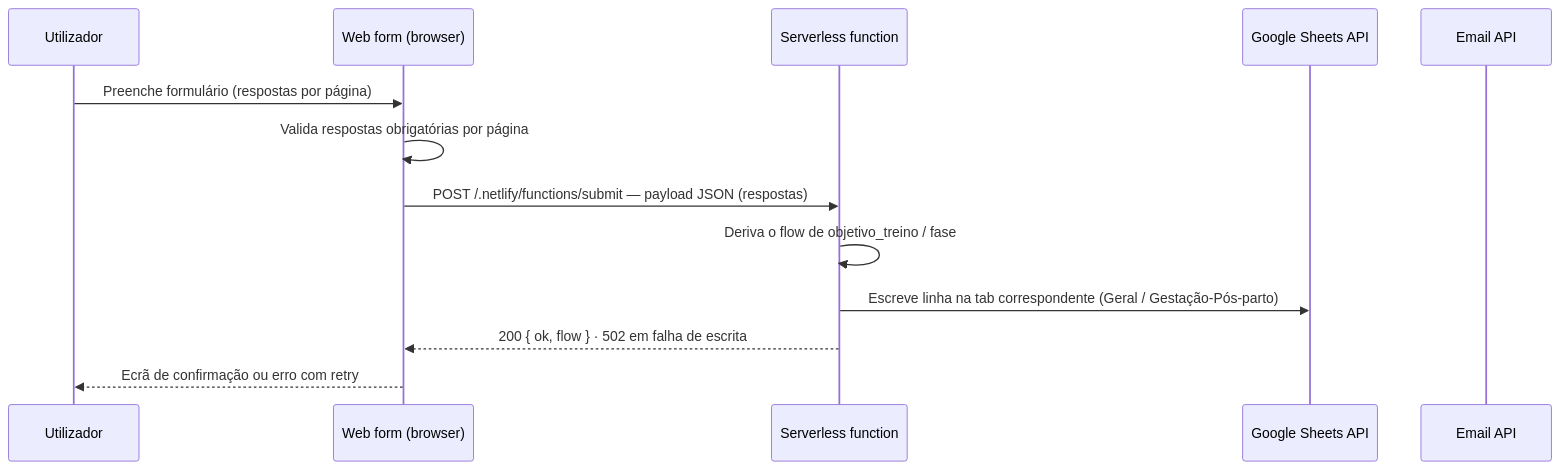
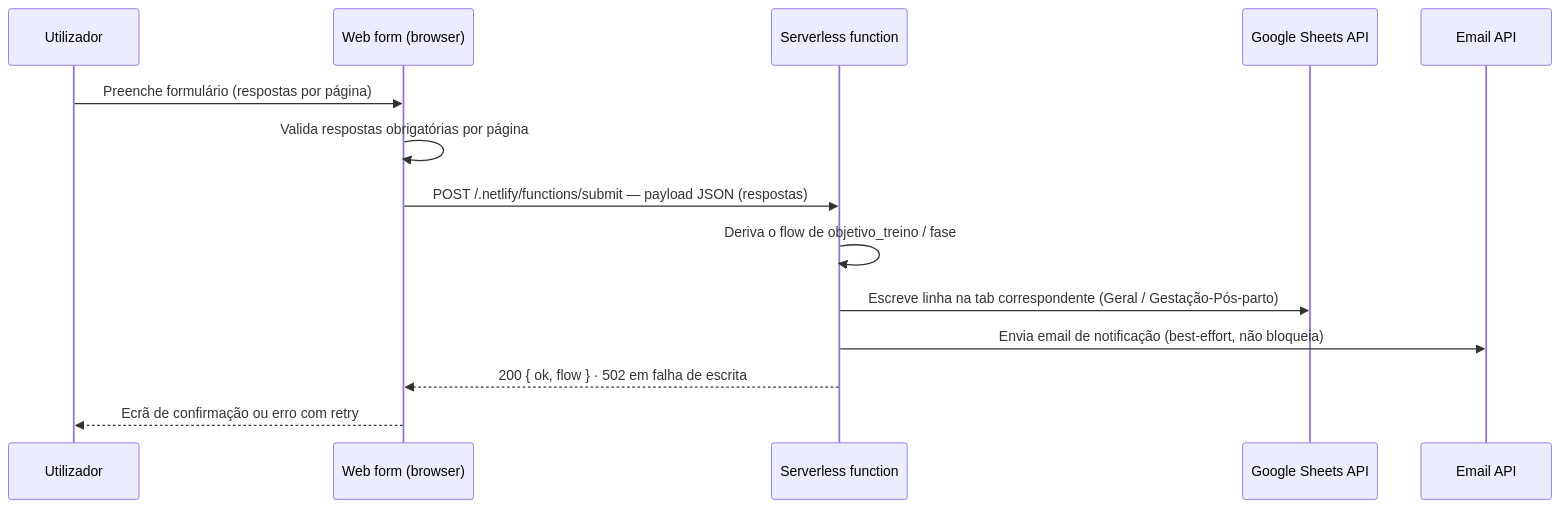
Before and after one commit to C2M2-Mobile-Minds/ignite-individual-coaching-web: the second of 3 diagrams in README.md, drawn with Mermaid. The commit also changed other lines of this file and 8 other files, not shown here.

````diff
--- a/README.md
+++ b/README.md
@@ -107,16 +107,17 @@
 ```mermaid
 sequenceDiagram
     participant U as Utilizador
     participant W as Web form (browser)
     participant F as Serverless function
     participant S as Google Sheets API
     participant E as Email API
 
     U->>W: Preenche formulário (respostas por página)
     W->>W: Valida respostas obrigatórias por página
     W->>F: POST /.netlify/functions/submit — payload JSON (respostas)
     F->>F: Deriva o flow de objetivo_treino / fase
     F->>S: Escreve linha na tab correspondente (Geral / Gestação-Pós-parto)
+    F->>E: Envia email de notificação (best-effort, não bloqueia)
     F-->>W: 200 { ok, flow }  ·  502 em falha de escrita
     W-->>U: Ecrã de confirmação ou erro com retry
 ```
````
